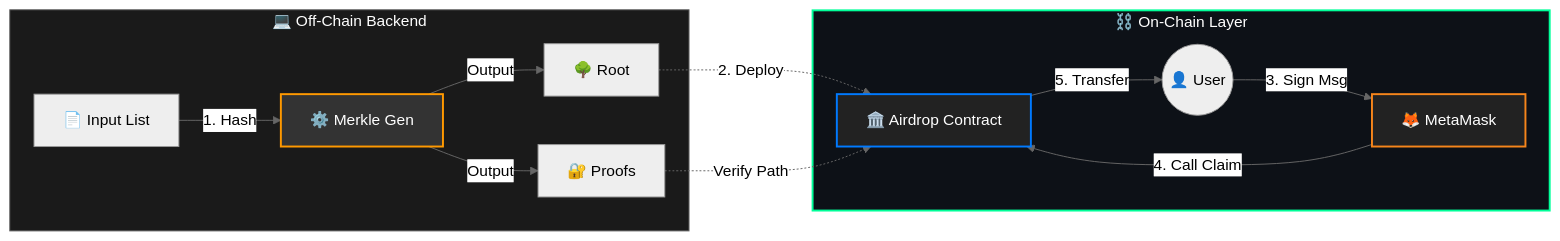
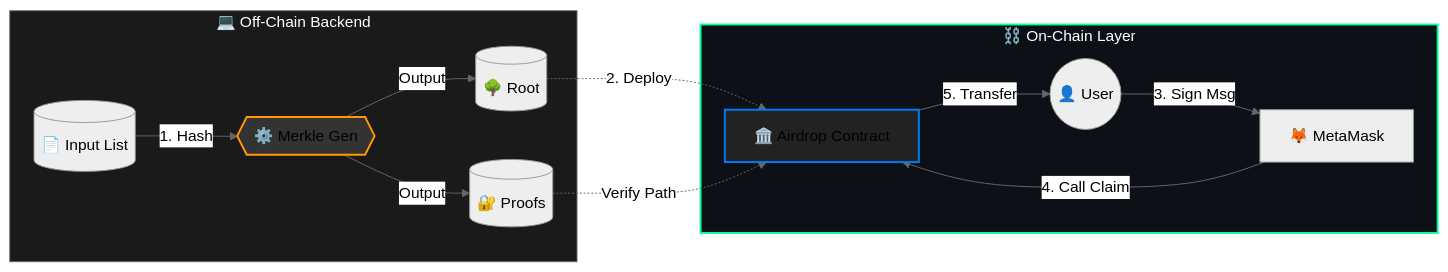
The first of 2 diagrams in README.md (NexTechArchitect/Siso-Merkle-Airdrop), drawn with Mermaid (neutral theme) before and after one commit. The commit also changed other lines of this file, not shown here.

````diff
--- a/README.md
+++ b/README.md
@@ -36,27 +38,26 @@
 ```mermaid
 graph LR
-    %% Off-Chain Section
-    subgraph OFF [💻 Off-Chain Backend]
-        Input["📄 Input List"] -->|1. Hash| Script["⚙️ Merkle Gen"]
-        Script -->|Output| Root["🌳 Root"]
-        Script -->|Output| Proofs["🔐 Proofs"]
+    %% Backend Logic
+    subgraph OFFCHAIN ["💻 Off-Chain Backend"]
+        Input[("📄 Input List")] -->|1. Hash| Script{{"⚙️ Merkle Gen"}}
+        Script -->|Output| Root[("🌳 Root")]
+        Script -->|Output| Proofs[("🔐 Proofs")]
     end
 
-    %% On-Chain Section
-    subgraph ON [⛓️ On-Chain Layer]
+    %% Interaction Logic
+    subgraph ONCHAIN ["⛓️ On-Chain Layer"]
         Root -.->|2. Deploy| Contract["🏛️ Airdrop Contract"]
         User((👤 User)) -->|3. Sign Msg| Wallet["🦊 MetaMask"]
         
         Wallet -->|4. Call Claim| Contract
         Proofs -.->|Verify Path| Contract
         Contract -->|5. Transfer| User
     end
 
     %% Styling
-    style OFF fill:#1a1a1a,stroke:#666,stroke-width:1px,color:#fff
-    style ON fill:#0d1117,stroke:#00FF99,stroke-width:2px,color:#fff
-    style Contract fill:#222,stroke:#007AFF,stroke-width:2px,color:#fff
-    style Script fill:#333,stroke:#FF9900,stroke-width:2px,color:#fff
-    style Wallet fill:#222,stroke:#F6851B,stroke-width:2px,color:#fff
+    style OFFCHAIN fill:#1a1a1a,stroke:#666,stroke-width:1px,color:#fff
+    style ONCHAIN fill:#0d1117,stroke:#00FF99,stroke-width:2px,color:#fff
+    style Contract fill:#222,stroke:#007AFF,stroke-width:2px
+    style Script fill:#333,stroke:#FF9900,stroke-width:2px
 
 ```
````
